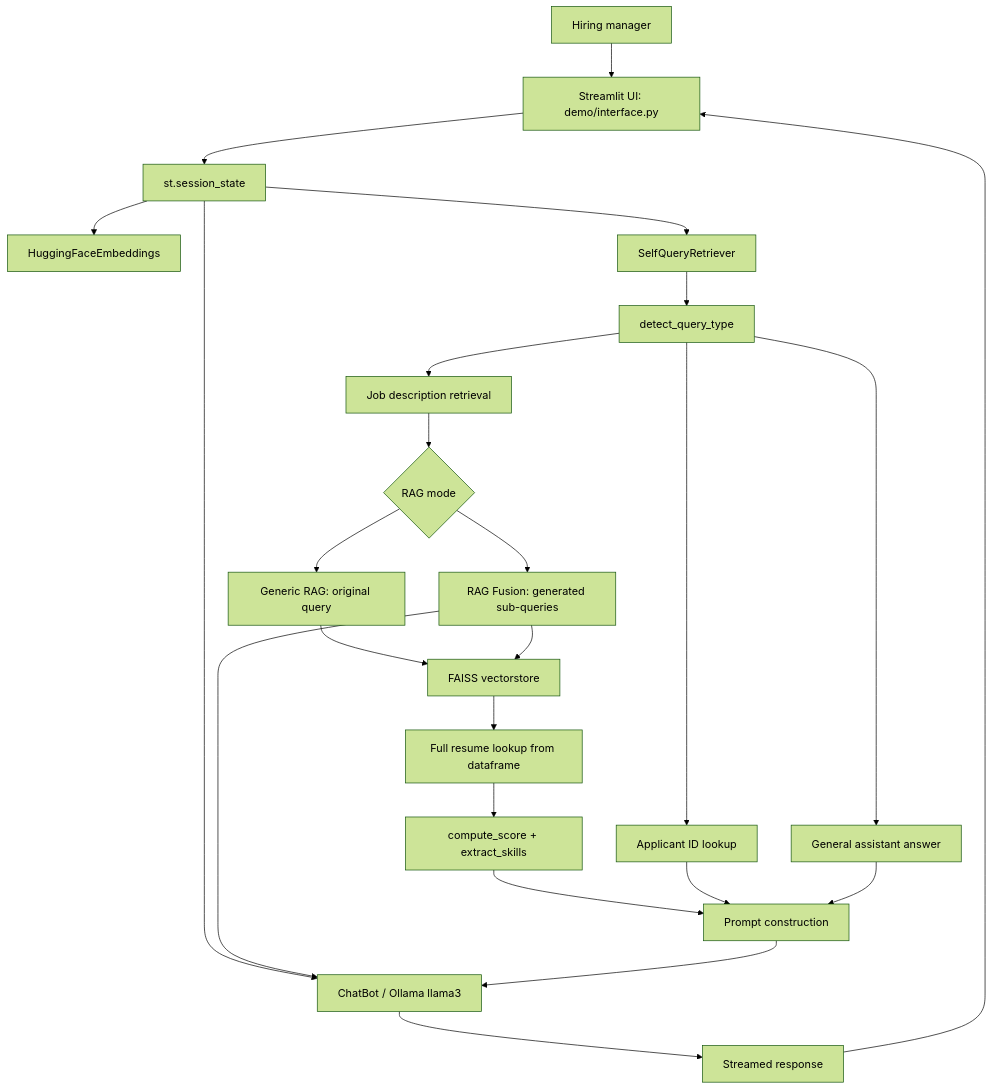
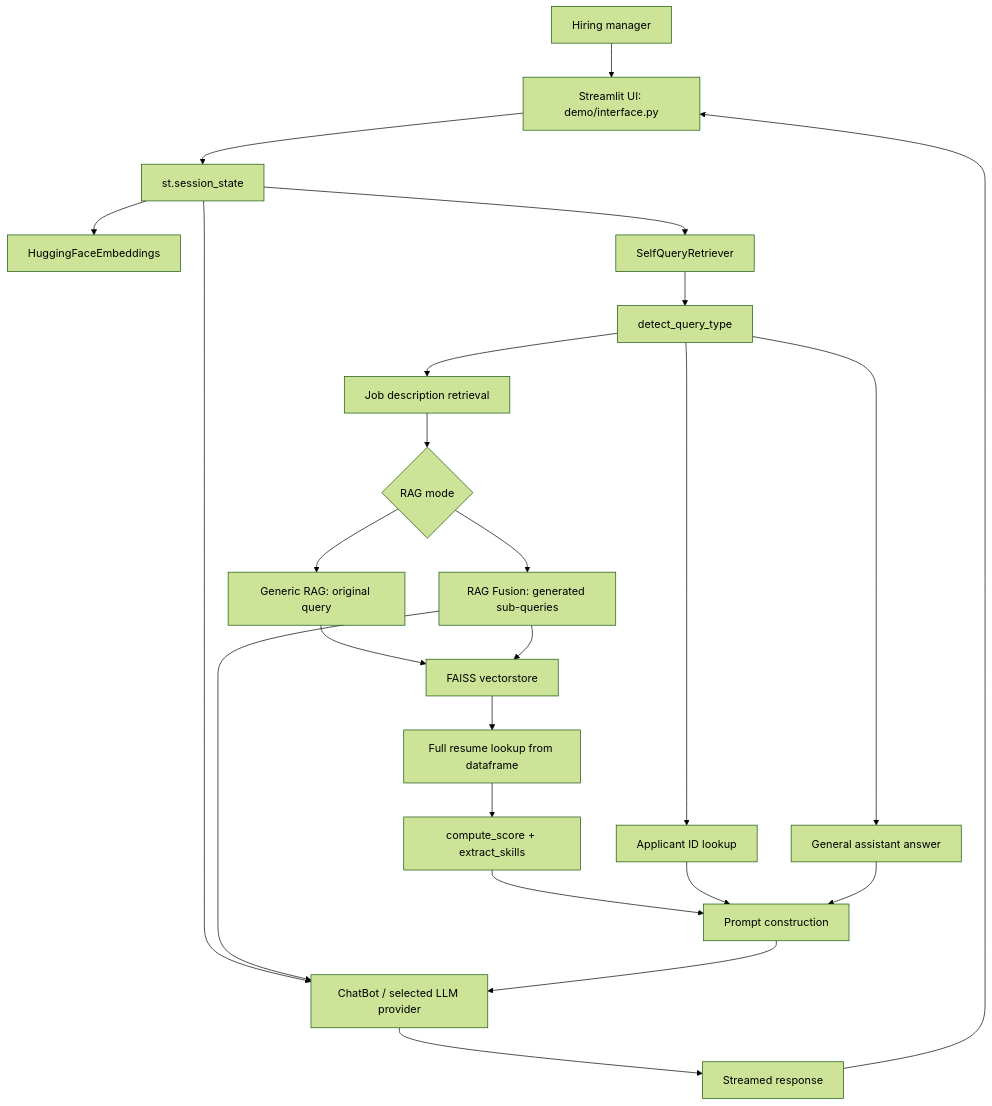
Before and after one commit to sgsatpute/Resume-Screening-RAG-Pipeline: the first of 3 diagrams in README.md, drawn with Mermaid (forest theme). The commit also changed other lines of this file and 4 other files, not shown here.

Commit message:
Add Ollama and Gemini provider switching

````diff
--- a/README.md
+++ b/README.md
@@ -105,26 +106,26 @@
 ```mermaid
 flowchart TD
     User["Hiring manager"] --> UI["Streamlit UI: demo/interface.py"]
     UI --> State["st.session_state"]
     State --> Embeddings["HuggingFaceEmbeddings"]
     State --> Retriever["SelfQueryRetriever"]
-    State --> LLM["ChatBot / Ollama llama3"]
+    State --> LLM["ChatBot / selected LLM provider"]
     Retriever --> QueryType["detect_query_type"]
     QueryType --> IDPath["Applicant ID lookup"]
     QueryType --> JDPath["Job description retrieval"]
     QueryType --> GeneralPath["General assistant answer"]
     JDPath --> FusionChoice{"RAG mode"}
     FusionChoice --> Generic["Generic RAG: original query"]
     FusionChoice --> Fusion["RAG Fusion: generated sub-queries"]
     Fusion --> LLM
     Generic --> FAISS["FAISS vectorstore"]
     Fusion --> FAISS
     FAISS --> FullResume["Full resume lookup from dataframe"]
     FullResume --> Score["compute_score + extract_skills"]
     Score --> Prompt["Prompt construction"]
     IDPath --> Prompt
     GeneralPath --> Prompt
     Prompt --> LLM
     LLM --> Stream["Streamed response"]
     Stream --> UI
 ```
````
